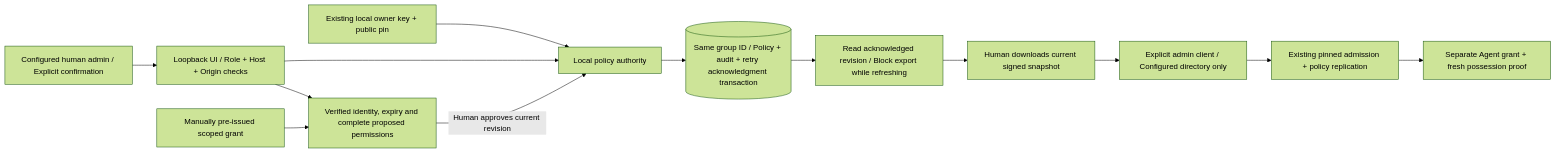
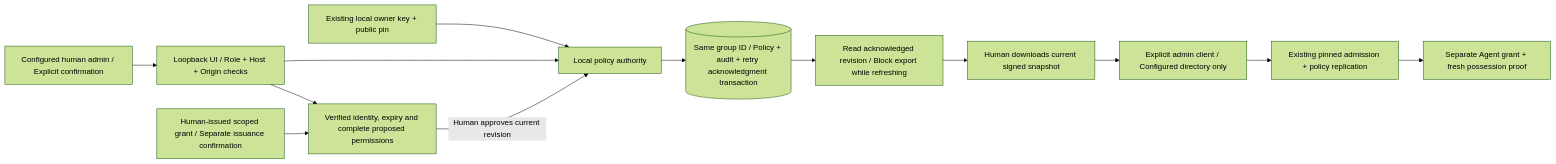
One commit to lgdu/tailnet-agents changed the fourth of 6 diagrams in docs/architecture.md. Above: the diagram before and after it, drawn with Mermaid (forest theme). The commit also changed other lines of this file and 24 other files, not shown here.

Commit message:
feat: add human-confirmed credential issuance and private grant installation (#9)

````diff
--- a/docs/architecture.md
+++ b/docs/architecture.md
@@ -232,15 +232,15 @@
 ```mermaid
 flowchart LR
   HUMAN["Configured human admin / Explicit confirmation"] --> UI["Loopback UI / Role + Host + Origin checks"]
   KEY["Existing local owner key + public pin"] --> SIGN["Local policy authority"]
   UI --> SIGN
-  GRANT["Manually pre-issued scoped grant"] --> PREVIEW["Verified identity, expiry and complete proposed permissions"]
+  GRANT["Human-issued scoped grant / Separate issuance confirmation"] --> PREVIEW["Verified identity, expiry and complete proposed permissions"]
   UI --> PREVIEW
   PREVIEW -->|"Human approves current revision"| SIGN
   SIGN --> DB[("Same group ID / Policy + audit + retry acknowledgment transaction")]
   DB --> SNAPSHOT["Read acknowledged revision / Block export while refreshing"]
   SNAPSHOT --> EXPORT["Human downloads current signed snapshot"]
   EXPORT --> APPLY["Explicit admin client / Configured directory only"]
   APPLY --> DIRECTORY["Existing pinned admission + policy replication"]
   DIRECTORY --> PROOF["Separate Agent grant + fresh possession proof"]
 ```
````
